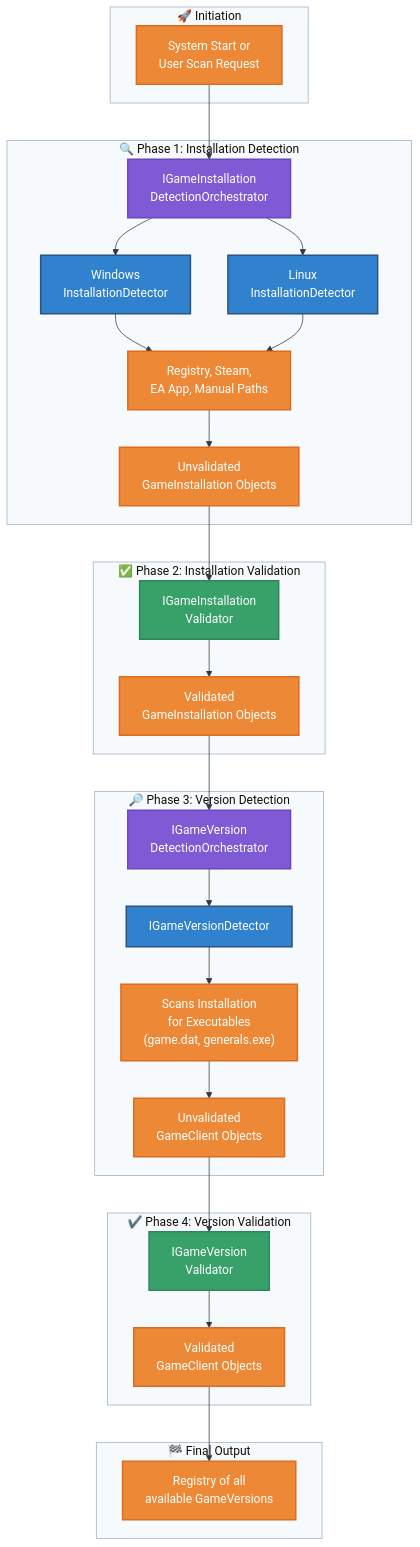
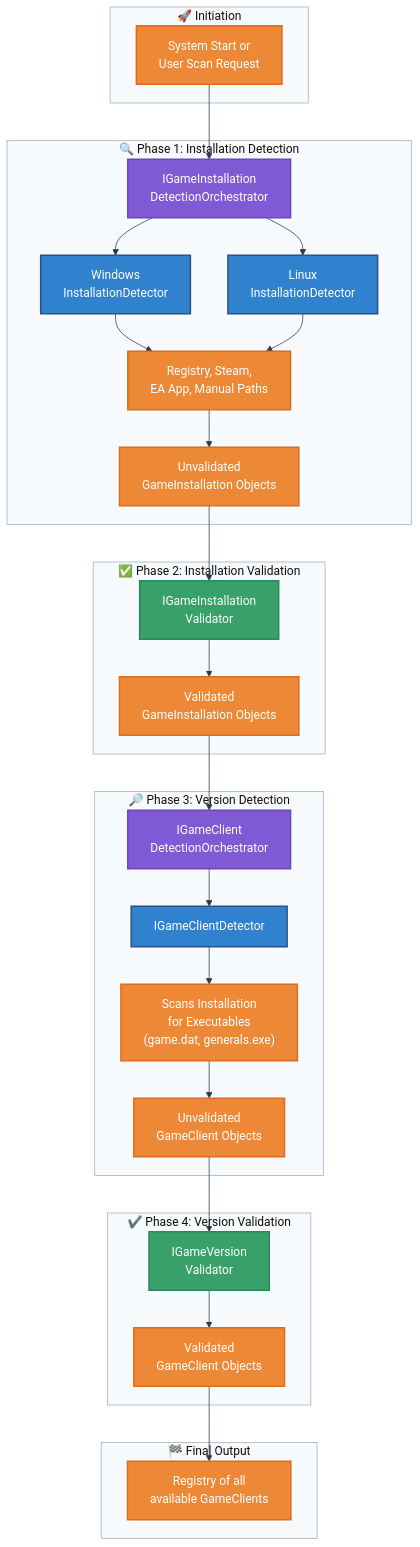
One commit to community-outpost/GenHub changed the diagram in docs/FlowCharts/Detection-Flow.md. Above: the diagram before and after it, drawn with Mermaid. The commit also changed other lines of this file and 14 other files, not shown here.

Commit message:
refactor: resolve remaining refactors from GameVersion to GameClient after code reviews

````diff
--- a/docs/FlowCharts/Detection-Flow.md
+++ b/docs/FlowCharts/Detection-Flow.md
@@ -5,81 +5,81 @@
 ```mermaid
 %%{init: {
   'theme': 'base',
   'themeVariables': {
     'primaryColor': '#e2e8f0',
     'primaryTextColor': '#1a202c',
     'primaryBorderColor': '#4a5568',
     'lineColor': '#2d3748',
     'secondaryColor': '#f7fafc',
     'tertiaryColor': '#edf2f7',
     'background': '#ffffff',
     'mainBkg': '#f7fafc',
     'secondBkg': '#edf2f7',
     'nodeBorder': '#4a5568',
     'clusterBkg': '#f7fafc',
     'clusterBorder': '#a0aec0',
     'edgeLabelBackground': '#ffffff'
   }
 }}%%
 
 graph TD
     subgraph Start ["🚀 Initiation"]
         A["System Start or<br/>User Scan Request"]
     end
 
     subgraph InstallationDetection ["🔍 Phase 1: Installation Detection"]
         B["IGameInstallation<br/>DetectionOrchestrator"]
         C1["Windows<br/>InstallationDetector"]
         C2["Linux<br/>InstallationDetector"]
         D["Registry, Steam,<br/>EA App, Manual Paths"]
         E["Unvalidated<br/>GameInstallation Objects"]
     end
 
     subgraph InstallationValidation ["✅ Phase 2: Installation Validation"]
         F["IGameInstallation<br/>Validator"]
         G["Validated<br/>GameInstallation Objects"]
     end
 
     subgraph VersionDetection ["🔎 Phase 3: Version Detection"]
-        H["IGameVersion<br/>DetectionOrchestrator"]
-        I["IGameVersionDetector"]
+        H["IGameClient<br/>DetectionOrchestrator"]
+        I["IGameClientDetector"]
         J["Scans Installation<br/>for Executables<br/>(game.dat, generals.exe)"]
         K["Unvalidated<br/>GameClient Objects"]
     end
 
     subgraph VersionValidation ["✔️ Phase 4: Version Validation"]
         L["IGameVersion<br/>Validator"]
         M["Validated<br/>GameClient Objects"]
     end
     
     subgraph FinalOutput ["🏁 Final Output"]
-        N["Registry of all<br/>available GameVersions"]
+        N["Registry of all<br/>available GameClients"]
     end
 
     A --> B
     B --> C1
     B --> C2
     C1 --> D
     C2 --> D
     D --> E
     E --> F
     F --> G
     
     G --> H
     H --> I
     I --> J
     J --> K
     K --> L
     L --> M
     M --> N
 
     classDef orchestrator fill:#805ad5,stroke:#6b46c1,stroke-width:2px,color:#ffffff
     classDef detector fill:#3182ce,stroke:#2c5282,stroke-width:2px,color:#ffffff
     classDef validator fill:#38a169,stroke:#2f855a,stroke-width:2px,color:#ffffff
     classDef data fill:#ed8936,stroke:#dd6b20,stroke-width:2px,color:#ffffff
 
     class B,H orchestrator
     class C1,C2,I detector
     class F,L validator
     class A,D,E,G,J,K,M,N data
 ```
````
